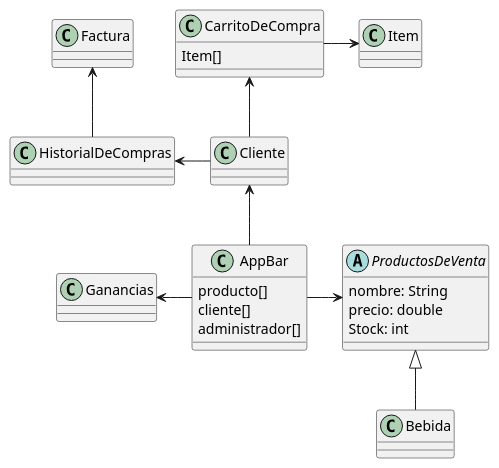
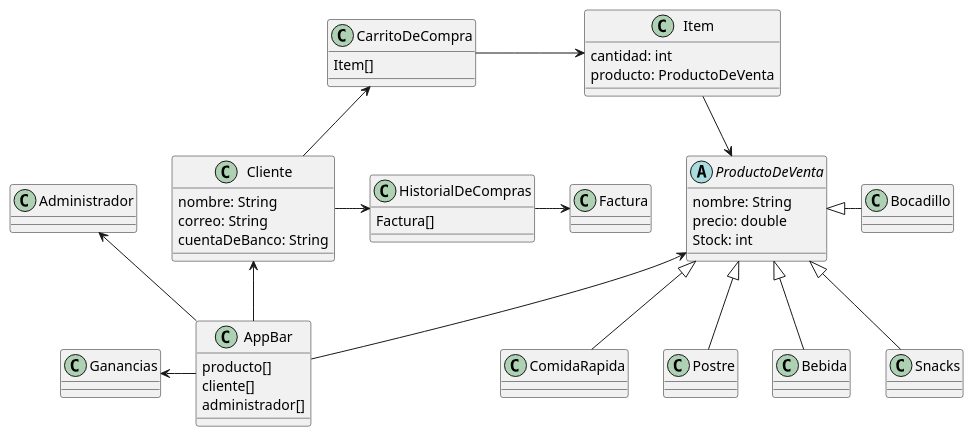
Before and after one commit to FernandoHuilca/PoliEats_ProyectoEDA: the diagram in .idea/Diagrama.puml, drawn with PlantUML.

Commit message:
Primera visualización

```diff
--- a/.idea/Diagrama.puml
+++ b/.idea/Diagrama.puml
@@ -1,52 +1,82 @@
 @startuml
 'https://plantuml.com/class-diagram
 
 class AppBar{
     producto[]
     cliente[]
     administrador[]
 }
 
 class Ganancias{
 
 }
 
-abstract class ProductosDeVenta{
+abstract class ProductoDeVenta{
     nombre: String
     precio: double
     Stock: int
 }
 
 class Cliente{
-
+    nombre: String
+    correo: String
+    cuentaDeBanco: String
 }
 
 class HistorialDeCompras{
-
+    Factura[]
 }
 
 class Factura{
 
 }
 
 class CarritoDeCompra{
     Item[]
 }
 
 class Item{
-
+    cantidad: int
+    producto: ProductoDeVenta
 }
 
 class Bebida{
 
 }
 
+class Snacks{
+
+}
+
+class Bocadillo{
+
+}
+
+class ComidaRapida{
+
+}
+
+class Postre{
+
+}
+
+class Administrador{
+
+}
+
 AppBar -l-> Ganancias
-AppBar -r-> ProductosDeVenta
+AppBar -l-> ProductoDeVenta
 AppBar -u-> Cliente
-Cliente -l-> HistorialDeCompras
-HistorialDeCompras -u-> Factura
+Cliente -r-> HistorialDeCompras
+HistorialDeCompras -r-> Factura
 Cliente -u-> CarritoDeCompra
 CarritoDeCompra -r-> Item
-ProductosDeVenta <|-- Bebida
+AppBar -u-> Administrador
+Item --> ProductoDeVenta
+ProductoDeVenta <|-- Bebida
+ProductoDeVenta <|-- ComidaRapida
+ProductoDeVenta <|-- Snacks
+ProductoDeVenta <|-r- Bocadillo
+ProductoDeVenta <|-- Postre
+
 @enduml
```
